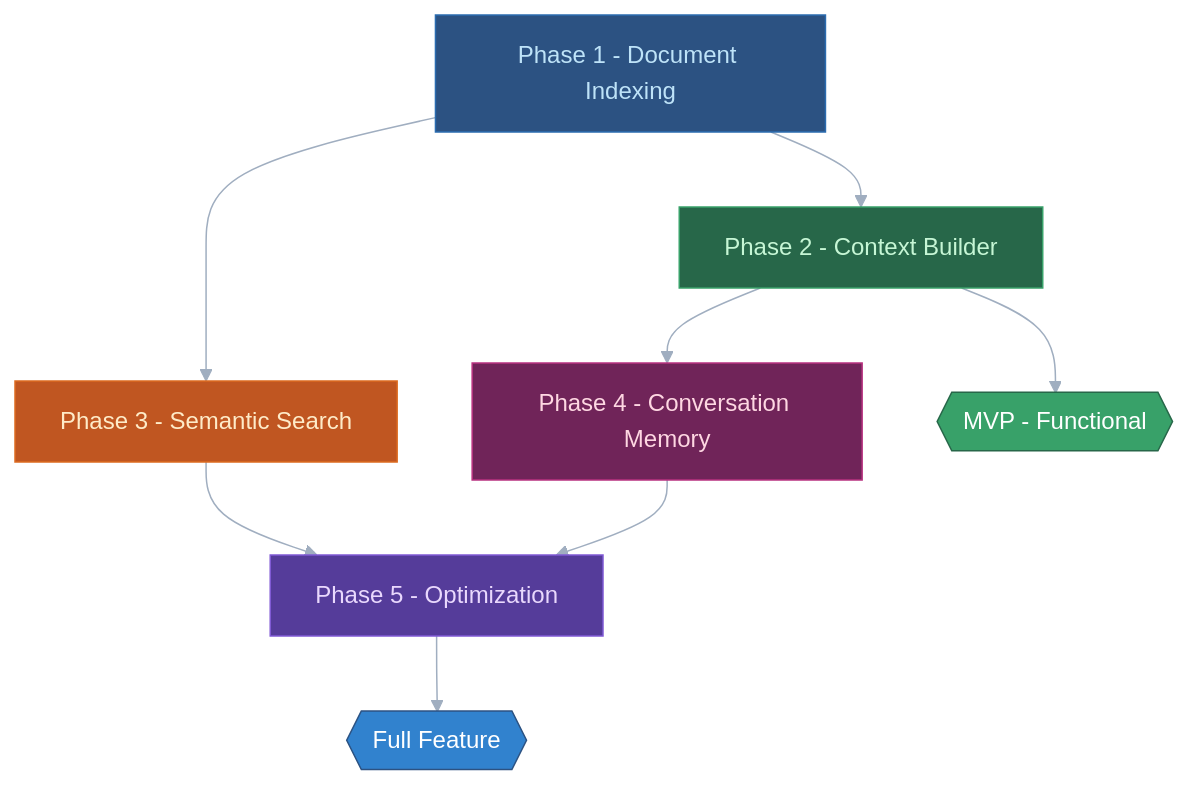
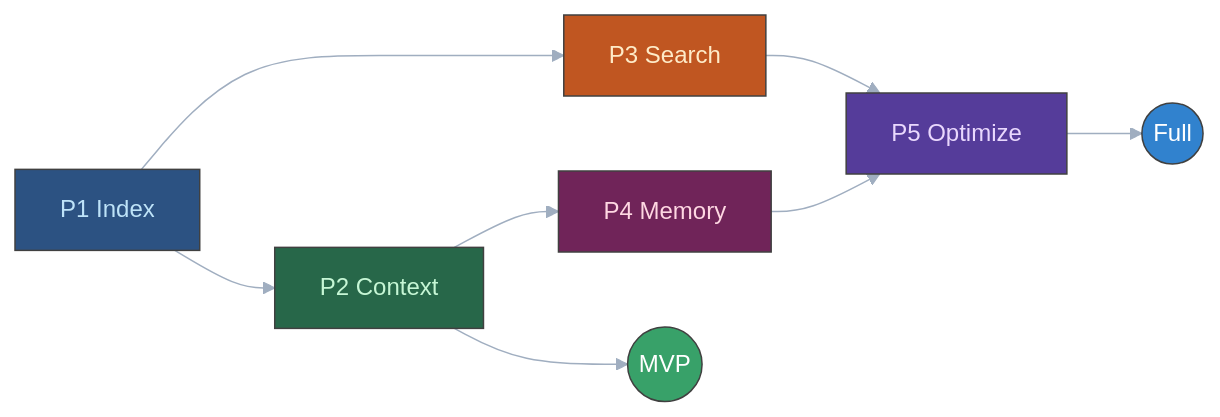
Before and after one commit to manumishra-zm/execution_plan: the ninth of 17 diagrams in chat_context/chat_context.md, drawn with Mermaid. The commit also changed other lines of this file, not shown here.

````diff
--- a/chat_context/chat_context.md
+++ b/chat_context/chat_context.md
@@ -499,29 +305,16 @@
 ```mermaid
 %%{init: {'theme': 'base', 'themeVariables': { 'primaryColor': '#4a5568', 'primaryTextColor': '#e2e8f0', 'lineColor': '#a0aec0'}}}%%
-flowchart TD
-    P1["Phase 1 - Document Indexing"]
-    P2["Phase 2 - Context Builder"]
-    P3["Phase 3 - Semantic Search"]
-    P4["Phase 4 - Conversation Memory"]
-    P5["Phase 5 - Optimization"]
-
-    P1 --> P2
-    P1 --> P3
-    P2 --> P4
-    P3 --> P5
-    P4 --> P5
-
-    MVP{{"MVP - Functional"}}
-    FULL{{"Full Feature"}}
-
-    P2 --> MVP
-    P5 --> FULL
-
-    style P1 fill:#2c5282,color:#bee3f8,stroke:#2b6cb0
-    style P2 fill:#276749,color:#c6f6d5,stroke:#38a169
-    style P3 fill:#c05621,color:#feebc8,stroke:#dd6b20
-    style P4 fill:#702459,color:#fed7e2,stroke:#b83280
-    style P5 fill:#553c9a,color:#e9d8fd,stroke:#805ad5
-    style MVP fill:#38a169,color:#fff,stroke:#276749
-    style FULL fill:#3182ce,color:#fff,stroke:#2c5282
+flowchart LR
+    P1[P1 Index] --> P2[P2 Context] & P3[P3 Search]
+    P2 --> P4[P4 Memory]
+    P3 & P4 --> P5[P5 Optimize]
+    P2 --> MVP((MVP))
+    P5 --> FULL((Full))
+    style P1 fill:#2c5282,color:#bee3f8
+    style P2 fill:#276749,color:#c6f6d5
+    style P3 fill:#c05621,color:#feebc8
+    style P4 fill:#702459,color:#fed7e2
+    style P5 fill:#553c9a,color:#e9d8fd
+    style MVP fill:#38a169,color:#fff
+    style FULL fill:#3182ce,color:#fff
 ```
````
